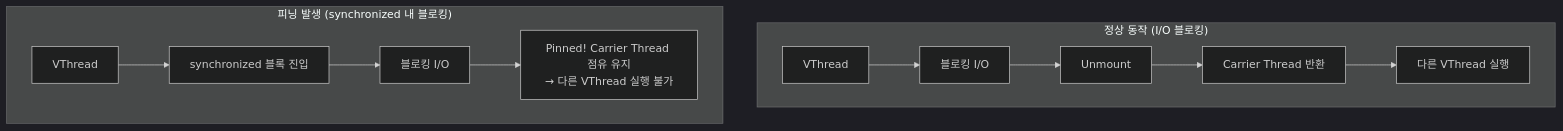
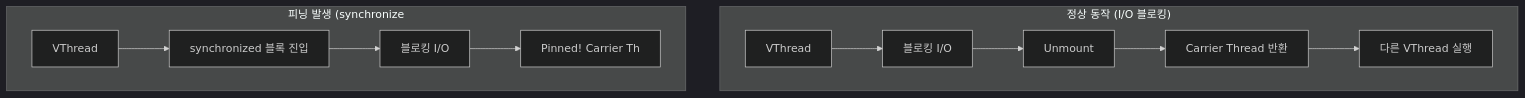
Before and after one commit to yjkim2015/yjkim2015.github.io: the sixth of 7 diagrams in _posts/java/2026-05-01-java-virtual-thread.md, drawn with Mermaid (dark theme). The commit also changed other lines of this file and 271 other files, not shown here.

First line of the commit message:
Mermaid 라벨 축소: 긴 노드 텍스트 18자 이하로 트림 + \n 제거

````diff
--- a/_posts/java/2026-05-01-java-virtual-thread.md
+++ b/_posts/java/2026-05-01-java-virtual-thread.md
@@ -397,14 +397,14 @@
 ```mermaid
 graph TD
   subgraph OK["정상 동작 (I/O 블로킹)"]
     V1[VThread] --> BIO[블로킹 I/O]
     BIO --> UM[Unmount]
     UM --> RET[Carrier Thread 반환]
     RET --> OV[다른 VThread 실행]
   end
-  subgraph PIN["피닝 발생 (synchronized 내 블로킹)"]
+  subgraph PIN["피닝 발생 (synchronize"]
     V2[VThread] --> SYN[synchronized 블록 진입]
     SYN --> BIO2[블로킹 I/O]
-    BIO2 --> PINNED["Pinned! Carrier Thread 점유 유지\n→ 다른 VThread 실행 불가"]
+    BIO2 --> PINNED["Pinned! Carrier Th"]
   end
 ```
````
